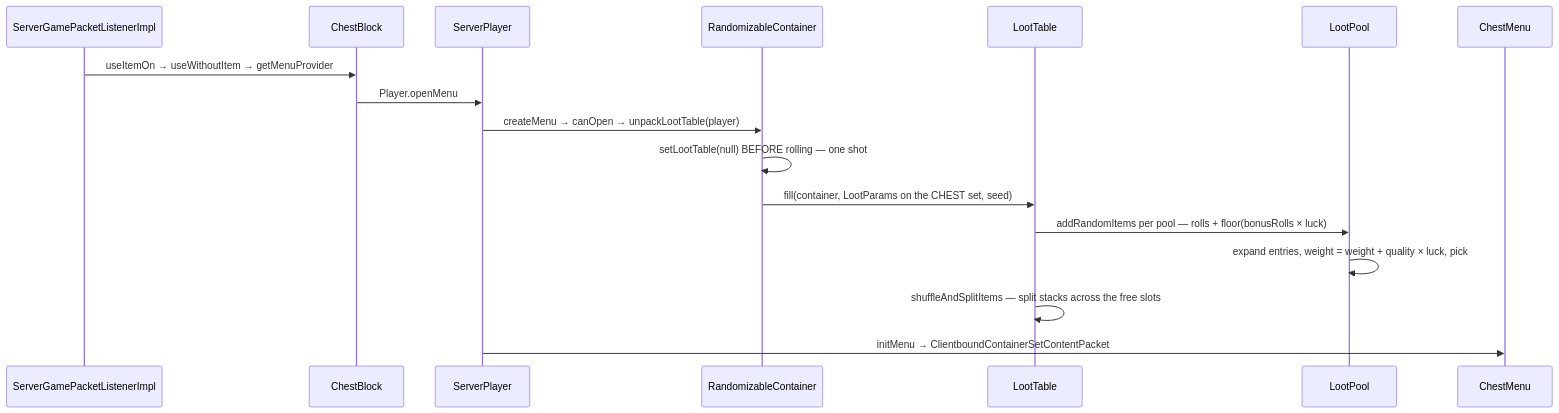
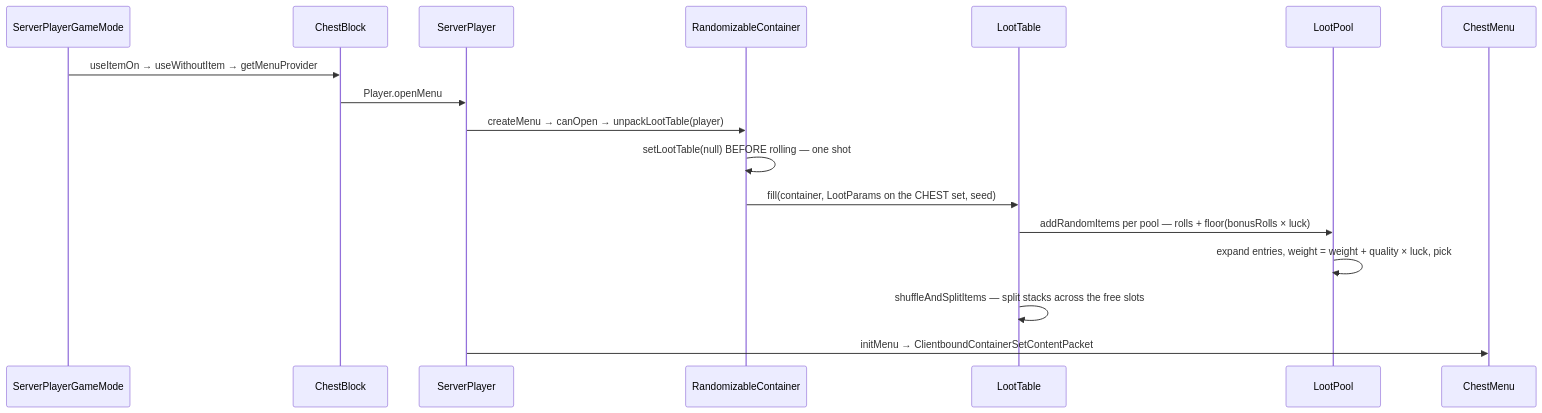
One commit to AlexanderjFraser/MinecraftDocs changed the diagram in src/systems/items/loot-tables.md. Above: the diagram before and after it, drawn with Mermaid. The commit also changed other lines of this file and 14 other files, not shown here.

````diff
--- a/src/systems/items/loot-tables.md
+++ b/src/systems/items/loot-tables.md
@@ -102,20 +120,20 @@
 ```mermaid
 sequenceDiagram
-    participant SGPL as ServerGamePacketListenerImpl
+    participant SPGM as ServerPlayerGameMode
     participant CB as ChestBlock
     participant SP as ServerPlayer
     participant RC as RandomizableContainer
     participant LT as LootTable
     participant LP as LootPool
     participant CM as ChestMenu
 
-    SGPL->>CB: useItemOn → useWithoutItem → getMenuProvider
+    SPGM->>CB: useItemOn → useWithoutItem → getMenuProvider
     CB->>SP: Player.openMenu
     SP->>RC: createMenu → canOpen → unpackLootTable(player)
     RC->>RC: setLootTable(null) BEFORE rolling — one shot
     RC->>LT: fill(container, LootParams on the CHEST set, seed)
     LT->>LP: addRandomItems per pool — rolls + floor(bonusRolls × luck)
     LP->>LP: expand entries, weight = weight + quality × luck, pick
     LT->>LT: shuffleAndSplitItems — split stacks across the free slots
     SP->>CM: initMenu → ClientboundContainerSetContentPacket
 ```
````
